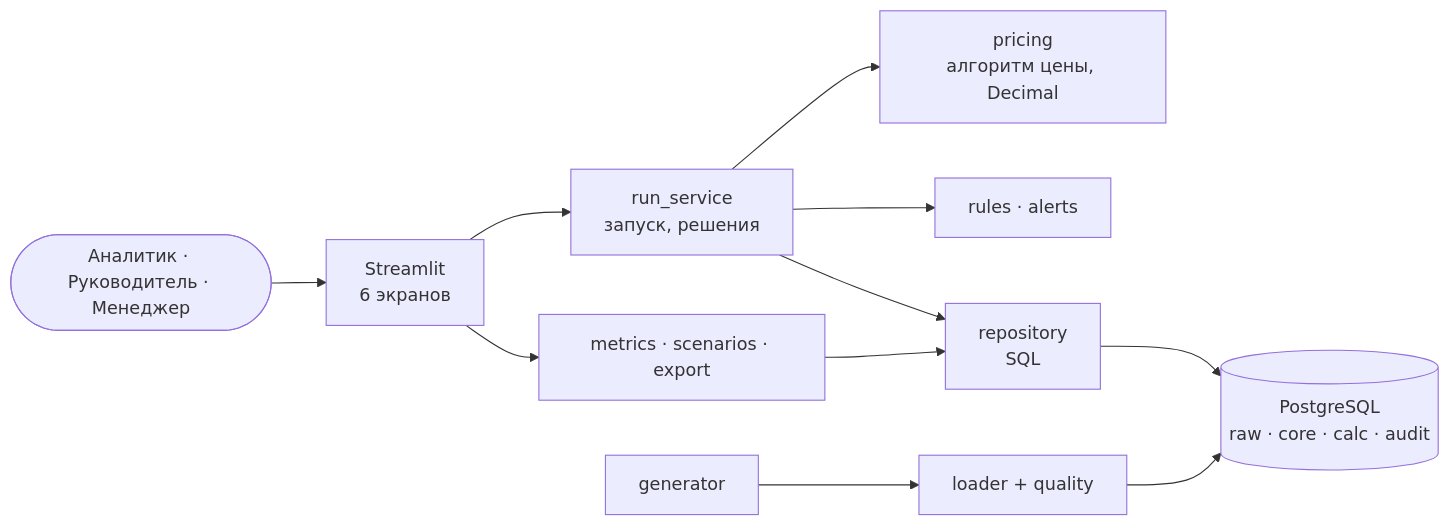
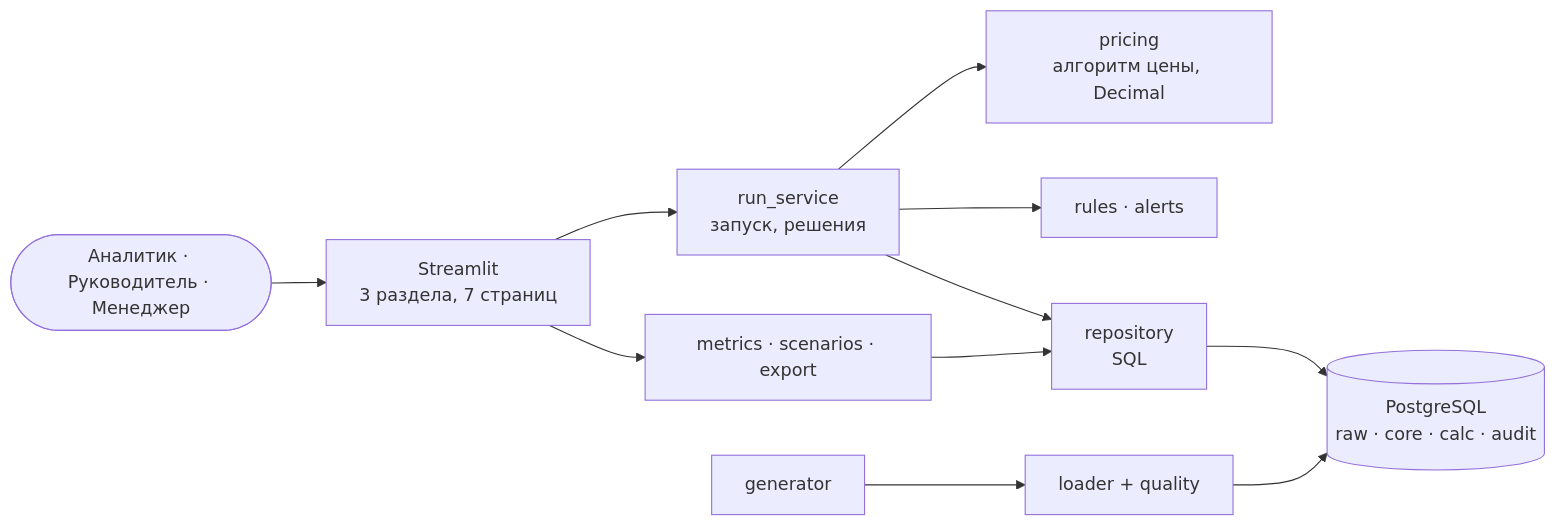
The diagram in README.md (lubancho/price-margin-control), drawn with Mermaid before and after one commit. The commit also changed other lines of this file and 14 other files, not shown here.

````diff
--- a/README.md
+++ b/README.md
@@ -52,11 +54,11 @@
 ```mermaid
 flowchart LR
-    U([Аналитик · Руководитель · Менеджер]) --> UI[Streamlit<br/>6 экранов]
+    U([Аналитик · Руководитель · Менеджер]) --> UI[Streamlit<br/>3 раздела, 7 страниц]
     UI --> RS[run_service<br/>запуск, решения]
     UI --> M[metrics · scenarios · export]
     RS --> P[pricing<br/>алгоритм цены, Decimal]
     RS --> R[rules · alerts]
     RS & M --> REPO[repository<br/>SQL]
     G[generator] --> L[loader + quality] --> DB
     REPO --> DB[(PostgreSQL<br/>raw · core · calc · audit)]
 ```
````
